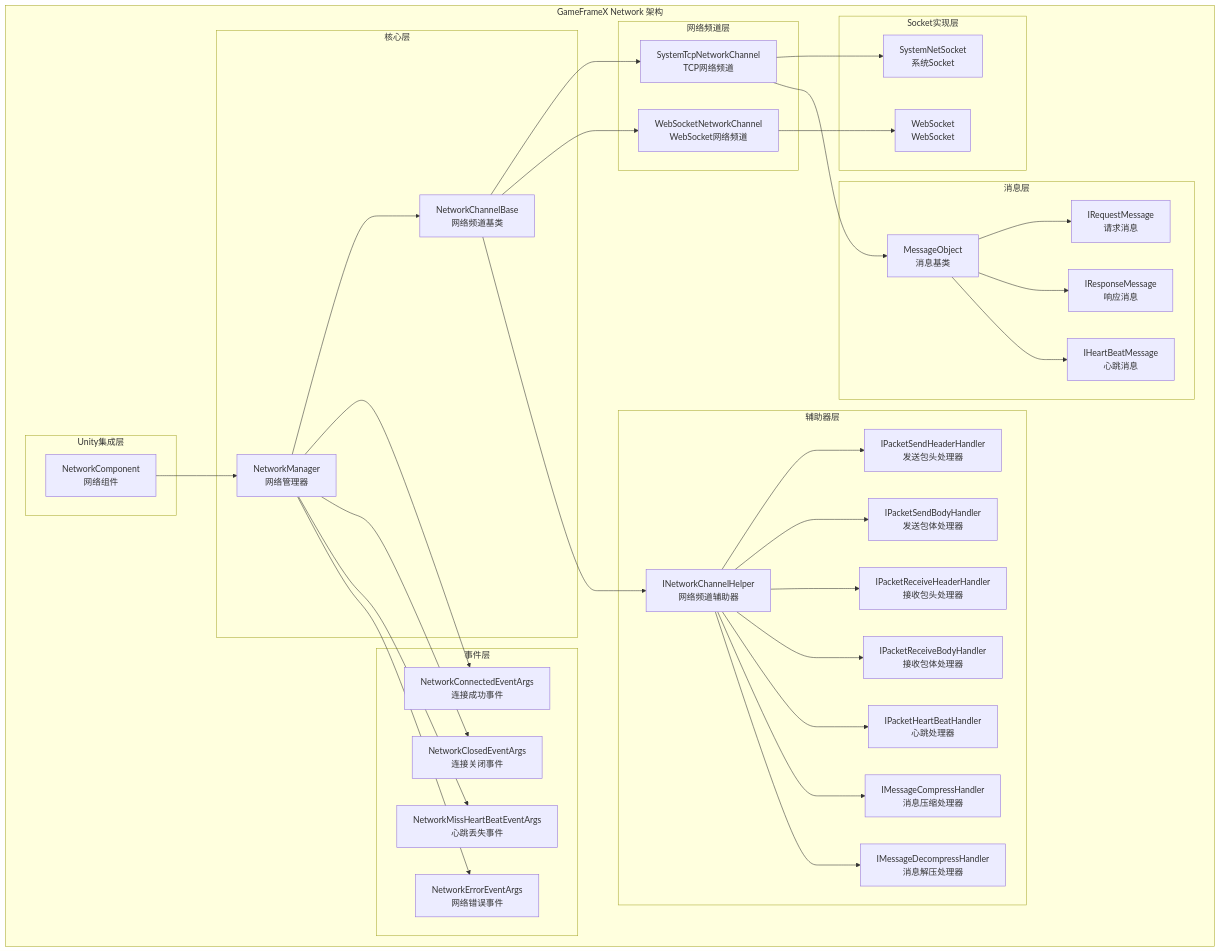
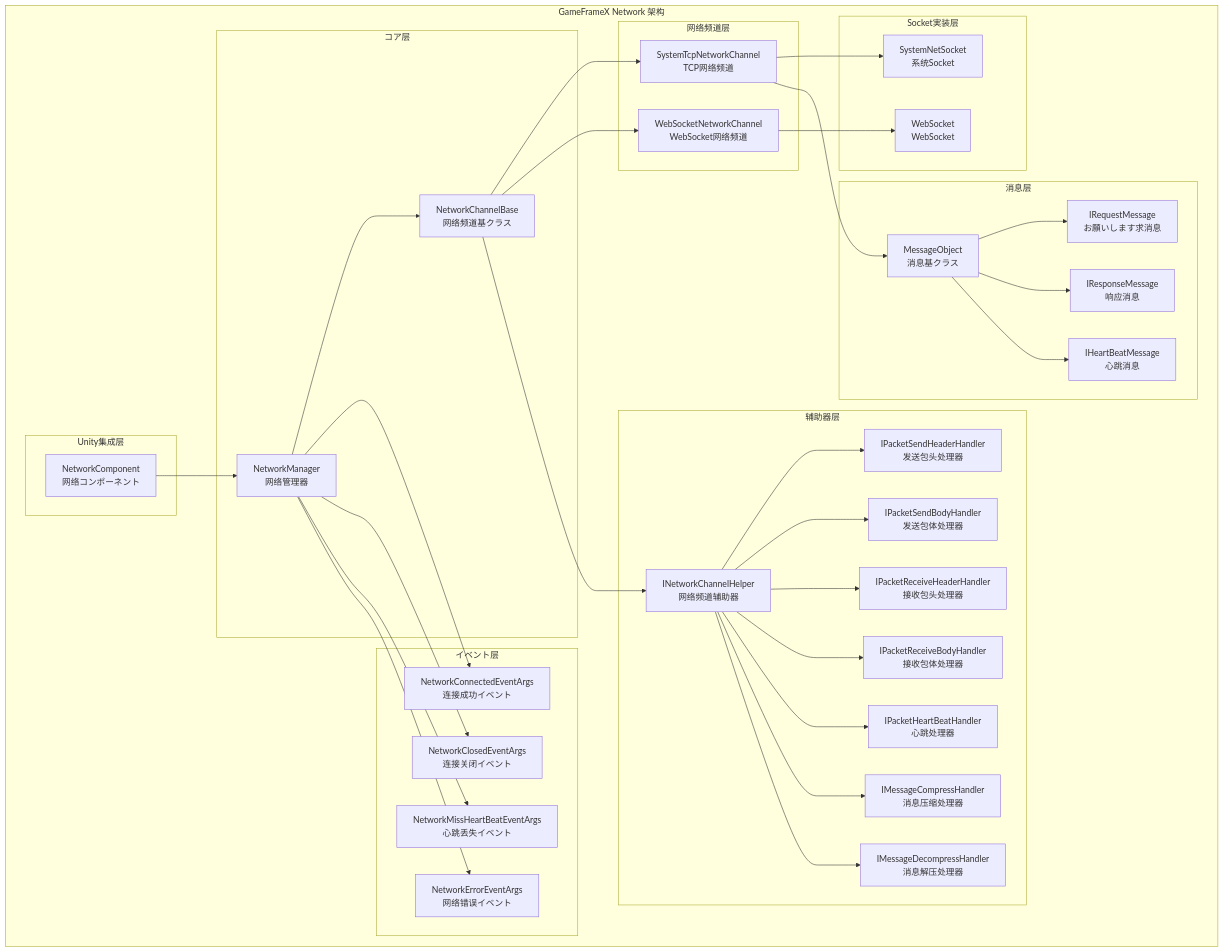
The first of 7 diagrams in docs/ja/client/unity/component/network/01.overview.md (AlianBlank/GameFrameX.Docs), drawn with Mermaid before and after one commit. The commit also changed other lines of this file and 603 other files, not shown here.

````diff
--- a/docs/ja/client/unity/component/network/01.overview.md
+++ b/docs/ja/client/unity/component/network/01.overview.md
@@ -15,71 +15,71 @@
 ```mermaid
 flowchart TD
     subgraph GameFrameX_Network["GameFrameX Network 架构"]
-        subgraph Core["核心层"]
+        subgraph Core["コア层"]
             NM[NetworkManager<br/>网络管理器]
-            NCB[NetworkChannelBase<br/>网络频道基类]
+            NCB[NetworkChannelBase<br/>网络频道基クラス]
         end
         
         subgraph Channel["网络频道层"]
             TCP[SystemTcpNetworkChannel<br/>TCP网络频道]
             WS[WebSocketNetworkChannel<br/>WebSocket网络频道]
         end
         
-        subgraph Socket["Socket实现层"]
+        subgraph Socket["Socket実装层"]
             SNS[SystemNetSocket<br/>系统Socket]
             WSS[WebSocket<br/>WebSocket]
         end
         
         subgraph Helper["辅助器层"]
             NCH[INetworkChannelHelper<br/>网络频道辅助器]
             PSH[IPacketSendHeaderHandler<br/>发送包头处理器]
             PSB[IPacketSendBodyHandler<br/>发送包体处理器]
             PRH[IPacketReceiveHeaderHandler<br/>接收包头处理器]
             PRB[IPacketReceiveBodyHandler<br/>接收包体处理器]
             HBH[IPacketHeartBeatHandler<br/>心跳处理器]
             MCH[IMessageCompressHandler<br/>消息压缩处理器]
             MDH[IMessageDecompressHandler<br/>消息解压处理器]
         end
         
         subgraph Message["消息层"]
-            MO[MessageObject<br/>消息基类]
-            RM[IRequestMessage<br/>请求消息]
+            MO[MessageObject<br/>消息基クラス]
+            RM[IRequestMessage<br/>お願いします求消息]
             RPM[IResponseMessage<br/>响应消息]
             HB[IHeartBeatMessage<br/>心跳消息]
         end
         
-        subgraph Events["事件层"]
-            NCE[NetworkConnectedEventArgs<br/>连接成功事件]
-            NCLE[NetworkClosedEventArgs<br/>连接关闭事件]
-            NMHE[NetworkMissHeartBeatEventArgs<br/>心跳丢失事件]
-            NEE[NetworkErrorEventArgs<br/>网络错误事件]
+        subgraph Events["イベント层"]
+            NCE[NetworkConnectedEventArgs<br/>连接成功イベント]
+            NCLE[NetworkClosedEventArgs<br/>连接关闭イベント]
+            NMHE[NetworkMissHeartBeatEventArgs<br/>心跳丢失イベント]
+            NEE[NetworkErrorEventArgs<br/>网络错误イベント]
         end
         
         subgraph Unity["Unity集成层"]
-            NC[NetworkComponent<br/>网络组件]
+            NC[NetworkComponent<br/>网络コンポーネント]
         end
     end
     
     NM --> NCB
     NCB --> TCP
     NCB --> WS
     TCP --> SNS
     WS --> WSS
     NCB --> NCH
     NCH --> PSH
     NCH --> PSB
     NCH --> PRH
     NCH --> PRB
     NCH --> HBH
     NCH --> MCH
     NCH --> MDH
     TCP --> MO
     MO --> RM
     MO --> RPM
     MO --> HB
     NM --> NCE
     NM --> NCLE
     NM --> NMHE
     NM --> NEE
     NC --> NM
 ```
````
